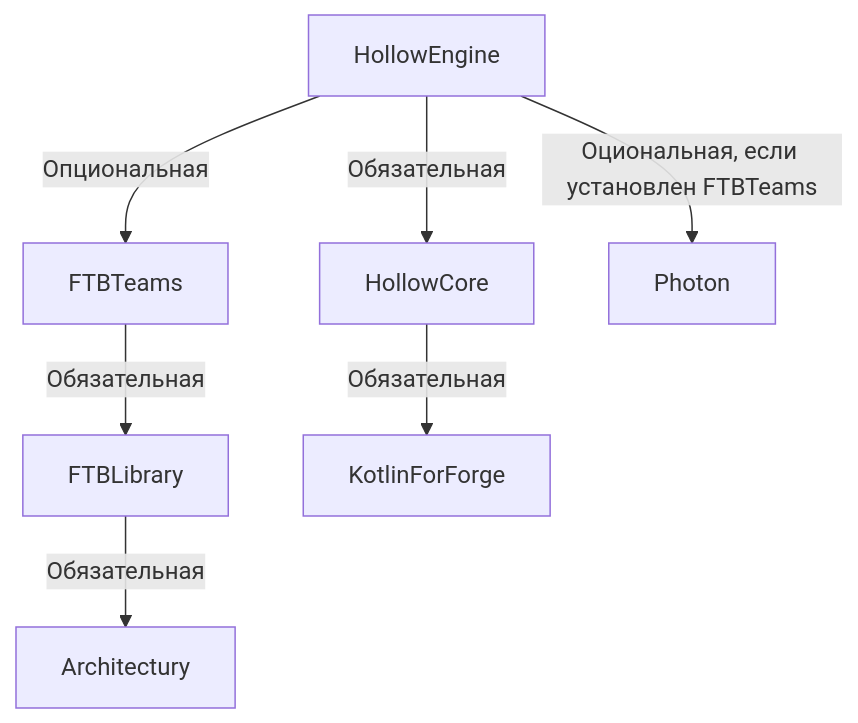
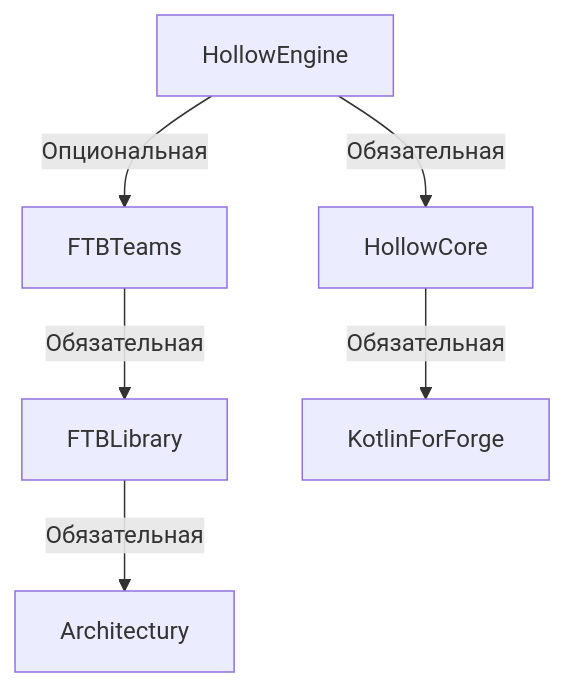
Before and after one commit to 0mods/docsweb: the diagram in i18n/ru/docusaurus-plugin-content-docs/current/hollowengine/Begin/requirement.mdx, drawn with Mermaid. The commit also changed 22 other files, not shown here.

````diff
--- a/i18n/ru/docusaurus-plugin-content-docs/current/hollowengine/Begin/requirement.mdx
+++ b/i18n/ru/docusaurus-plugin-content-docs/current/hollowengine/Begin/requirement.mdx
@@ -8,9 +8,8 @@
 ```mermaid 
 graph TD;
    A[HollowEngine]-->|Обязательная| B[HollowCore];
    A-->|Опциональная| C[FTBTeams];
-   A-->|Oциональная, если установлен FTBTeams| D[Photon];
    C-->|Обязательная| E[FTBLibrary];
    E-->|Обязательная| F[Architectury];
    B-->|Обязательная| G[KotlinForForge];
 ```
````
